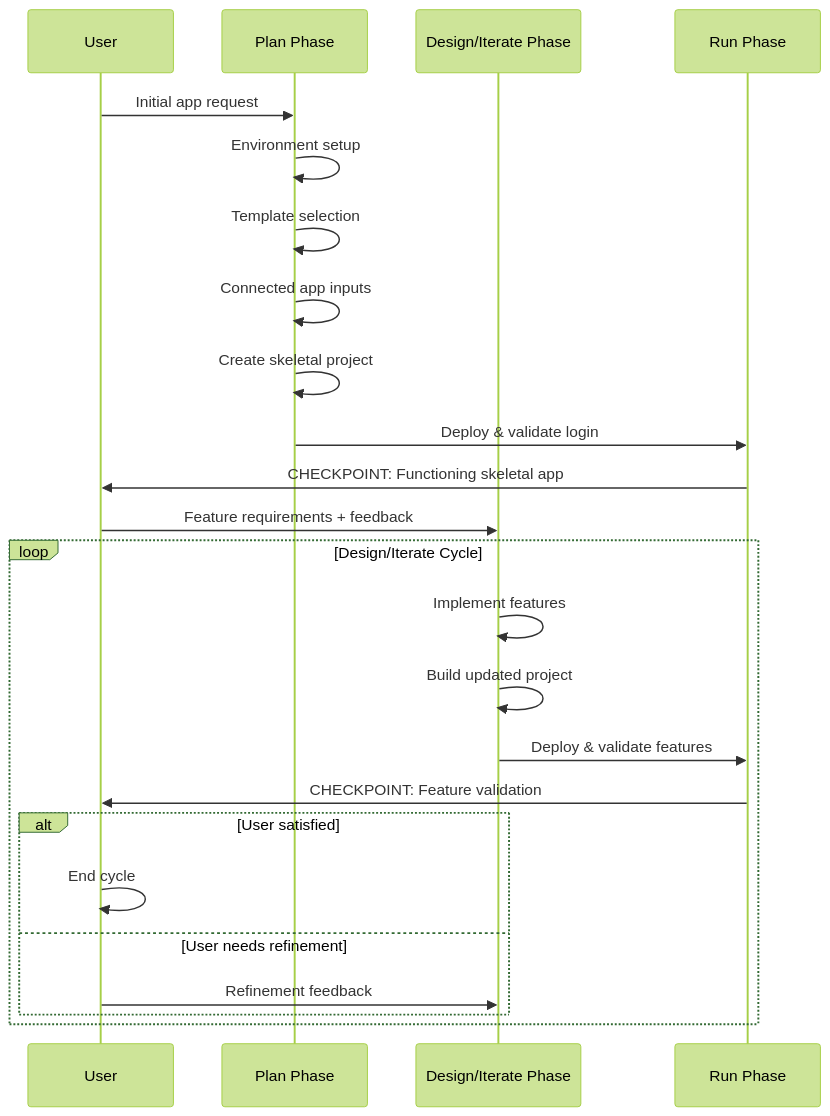
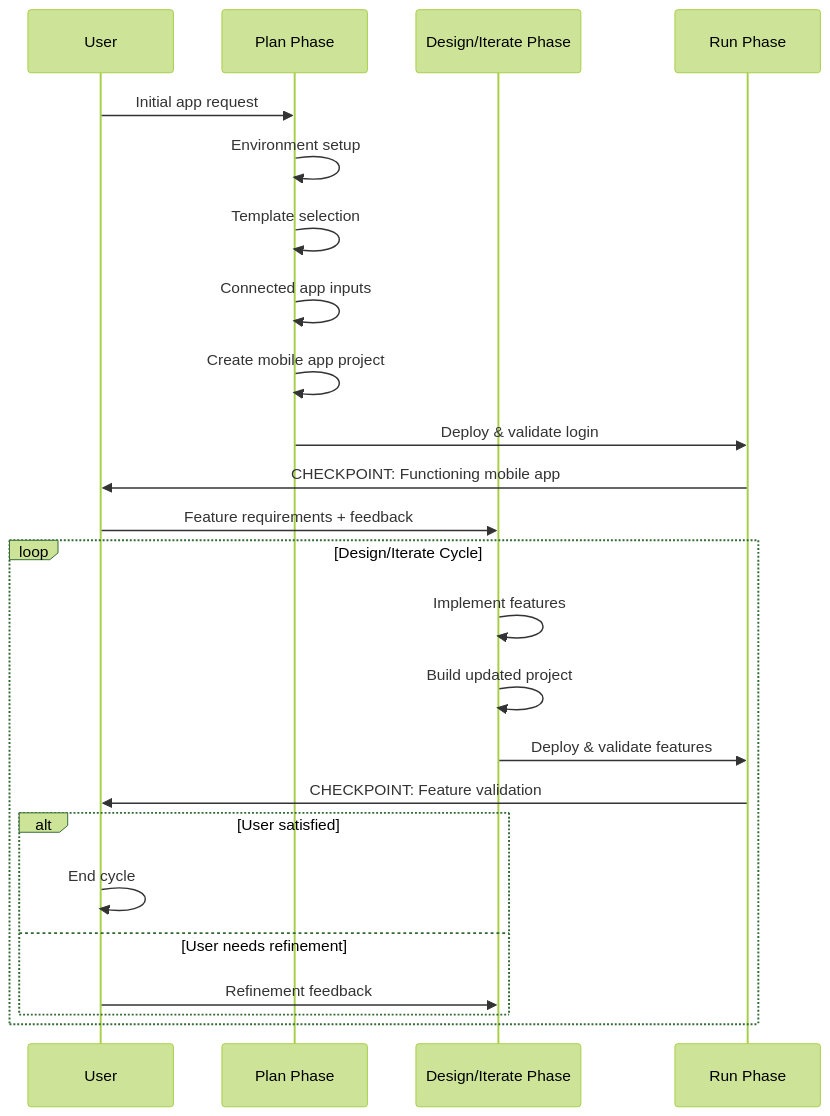
One commit to khawkins/mobile-mcp-tools changed the first of 2 diagrams in docs/5_mobile_native_app_generation.md. Above: the diagram before and after it, drawn with Mermaid (forest theme). The commit also changed other lines of this file and 1 other file, not shown here.

````diff
--- a/docs/5_mobile_native_app_generation.md
+++ b/docs/5_mobile_native_app_generation.md
@@ -153,28 +153,28 @@
 ```mermaid
 sequenceDiagram
     participant User
     participant PlanPhase as Plan Phase
     participant DesignPhase as Design/Iterate Phase
     participant RunPhase as Run Phase
 
     User->>PlanPhase: Initial app request
     PlanPhase->>PlanPhase: Environment setup
     PlanPhase->>PlanPhase: Template selection
     PlanPhase->>PlanPhase: Connected app inputs
-    PlanPhase->>PlanPhase: Create skeletal project
+    PlanPhase->>PlanPhase: Create mobile app project
     PlanPhase->>RunPhase: Deploy & validate login
-    RunPhase->>User: CHECKPOINT: Functioning skeletal app
+    RunPhase->>User: CHECKPOINT: Functioning mobile app
     User->>DesignPhase: Feature requirements + feedback
 
     loop Design/Iterate Cycle
         DesignPhase->>DesignPhase: Implement features
         DesignPhase->>DesignPhase: Build updated project
         DesignPhase->>RunPhase: Deploy & validate features
         RunPhase->>User: CHECKPOINT: Feature validation
         alt User satisfied
             User->>User: End cycle
         else User needs refinement
             User->>DesignPhase: Refinement feedback
         end
     end
 ```
````
